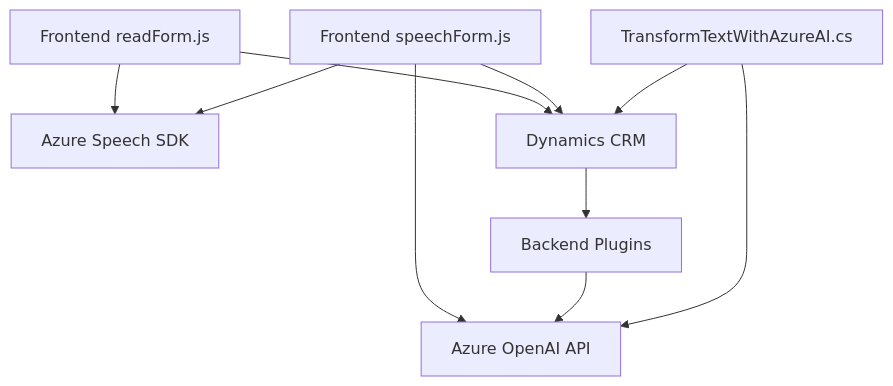
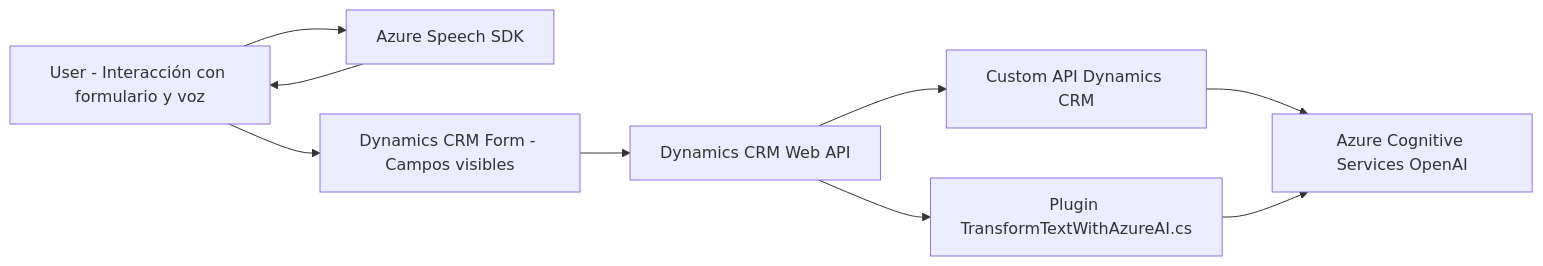
One commit to blopezdm/NETCORE_BILBAO2025 changed the diagram in README.md. Above: the diagram before and after it, drawn with Mermaid. The commit also changed other lines of this file, not shown here.

Commit message:
Actualizar análisis global de la solución con IA

````diff
--- a/README.md
+++ b/README.md
@@ -45,20 +80,19 @@
 ```mermaid
-graph TD
-  A["Frontend readForm.js"]
-  B["Frontend speechForm.js"]
-  C["Azure Speech SDK"]
-  D["Backend Plugins"]
-  E["TransformTextWithAzureAI.cs"]
-  F["Azure OpenAI API"]
-  G["Dynamics CRM"]
-  
-  A --> C
-  A --> G
-  B --> C
-  B --> G
-  B --> F
-  D --> F
-  E --> F
-  E --> G
-  G --> D
+graph LR
+A["User - Interacción con formulario y voz"]
+B["Azure Speech SDK"]
+C["Dynamics CRM Web API"]
+D["Dynamics CRM Form - Campos visibles"]
+E["Plugin TransformTextWithAzureAI.cs"]
+F["Azure Cognitive Services OpenAI"]
+G["Custom API Dynamics CRM"]
+
+A --> D
+D --> C
+C --> G
+A --> B
+B --> A
+G --> F
+C --> E
+E --> F
 ```
````
